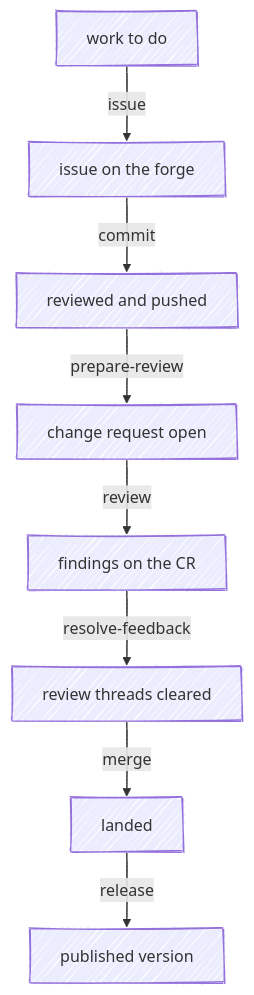
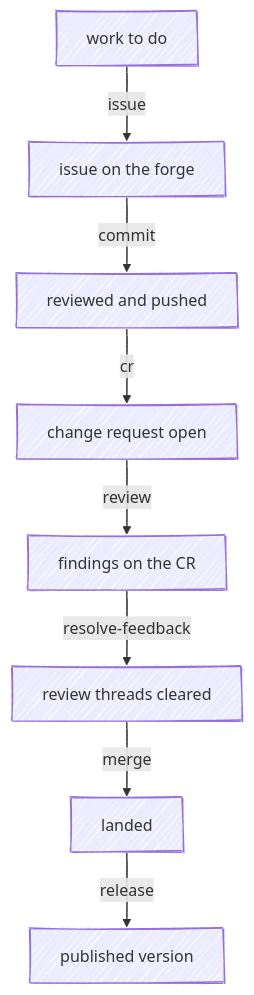
Before and after one commit to chris-peterson/anchor: the diagram in docs/README.md, drawn with Mermaid. The commit also changed other lines of this file and 35 other files, not shown here.

````diff
--- a/docs/README.md
+++ b/docs/README.md
@@ -9,11 +9,11 @@
 ```mermaid
 %%{ init: { 'look': 'handDrawn' } }%%
 flowchart TD
     Need["work to do"] -->|issue| Filed["issue on the forge"]
     Filed -->|commit| Pushed["reviewed and pushed"]
-    Pushed -->|prepare-review| Open["change request open"]
+    Pushed -->|cr| Open["change request open"]
     Open -->|review| Reviewed["findings on the CR"]
     Reviewed -->|resolve-feedback| Cleared["review threads cleared"]
     Cleared -->|merge| Landed["landed"]
     Landed -->|release| Shipped["published version"]
 ```
````
